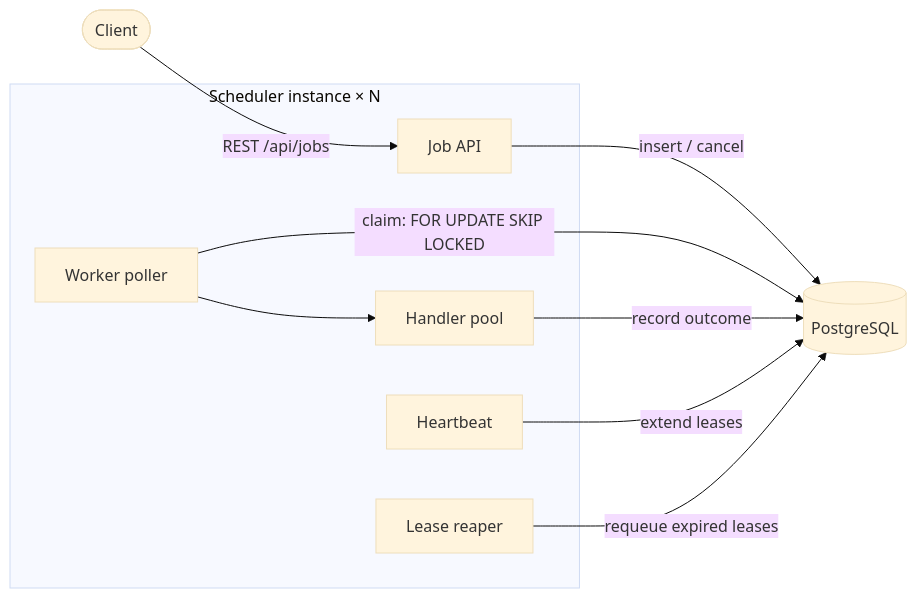
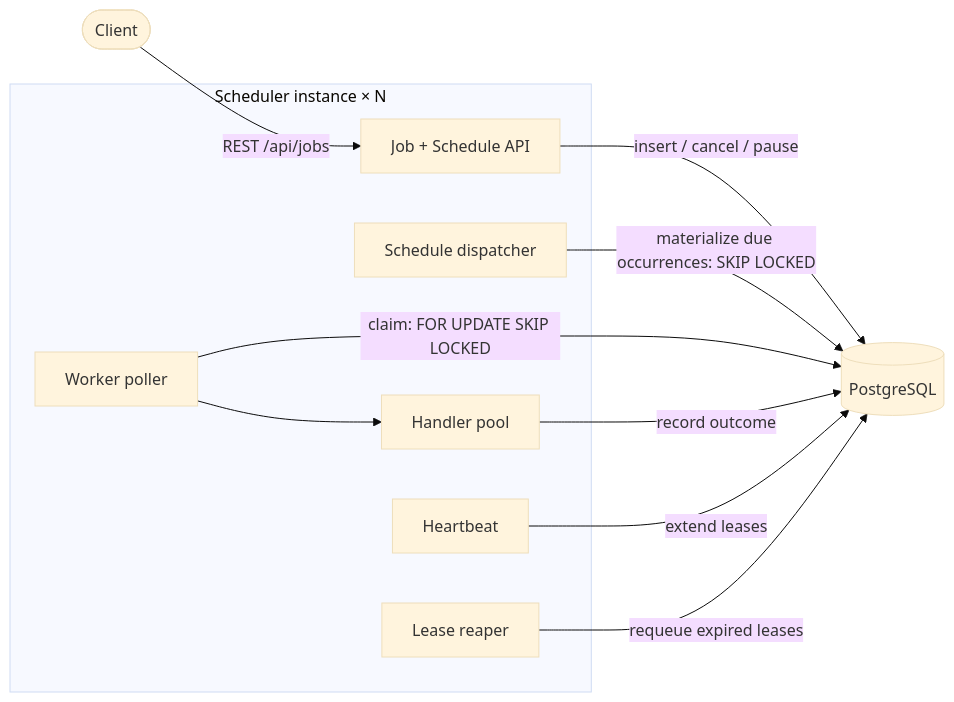
Before and after one commit to ahmet-keles/distributed-job-scheduler: the diagram in README.md, drawn with Mermaid (base theme). The commit also changed other lines of this file and 22 other files, not shown here.

````diff
--- a/README.md
+++ b/README.md
@@ -35,19 +41,21 @@
 ```mermaid
 flowchart LR
     Client([Client]) -->|REST /api/jobs| API
 
     subgraph app [Scheduler instance × N]
-        API[Job API]
+        API[Job + Schedule API]
+        Dispatcher[Schedule dispatcher]
         Poller[Worker poller]
         Pool[Handler pool]
         HB[Heartbeat]
         Reaper[Lease reaper]
     end
 
-    API -->|insert / cancel| DB[(PostgreSQL)]
+    API -->|insert / cancel / pause| DB[(PostgreSQL)]
+    Dispatcher -->|materialize due occurrences: SKIP LOCKED| DB
     Poller -->|claim: FOR UPDATE SKIP LOCKED| DB
     Poller --> Pool
     Pool -->|record outcome| DB
     HB -->|extend leases| DB
     Reaper -->|requeue expired leases| DB
 ```
````
